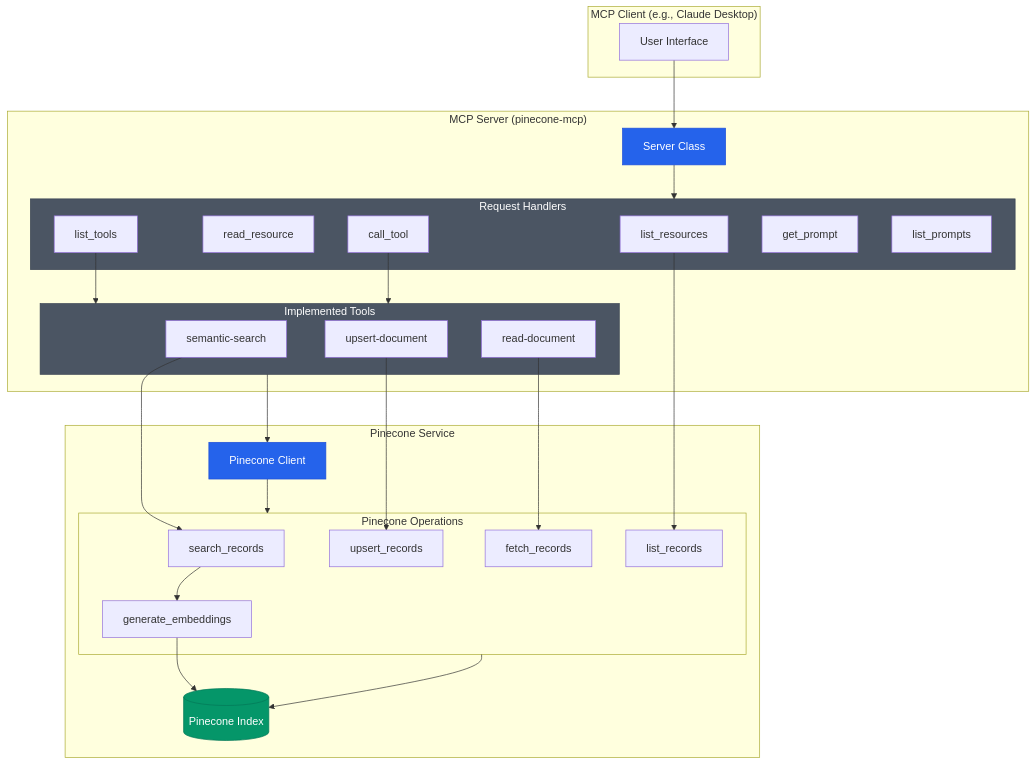
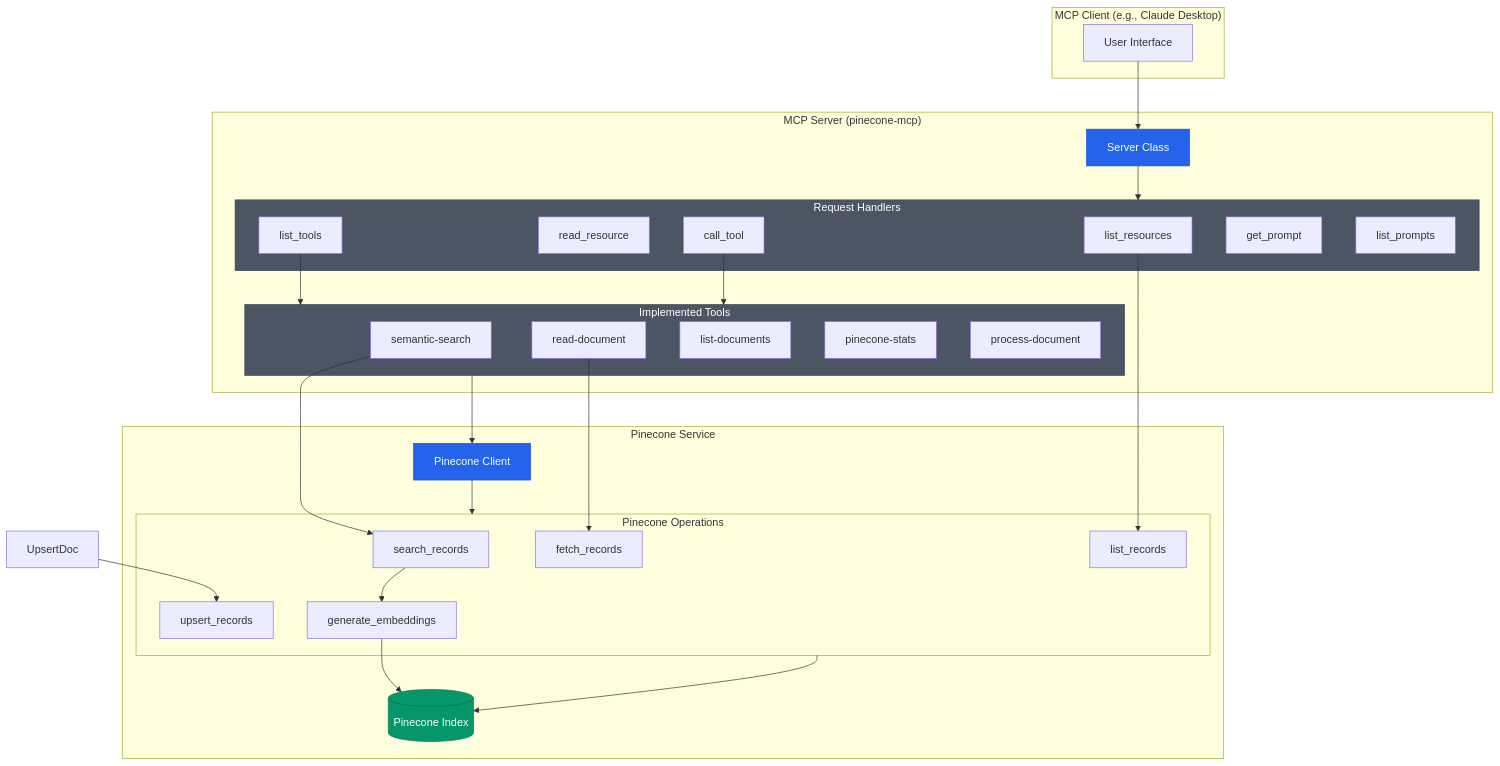
The diagram in README.md (whoyao/mcp-pinecone), drawn with Mermaid before and after one commit. The commit also changed other lines of this file, not shown here.

First line of the commit message:
Update README to reflect new Pinecone tools and enhance documentation

````diff
--- a/README.md
+++ b/README.md
@@ -10,66 +10,68 @@
 ```mermaid
 flowchart TB
     subgraph Client["MCP Client (e.g., Claude Desktop)"]
         UI[User Interface]
     end
 
     subgraph MCPServer["MCP Server (pinecone-mcp)"]
         Server[Server Class]
         
         subgraph Handlers["Request Handlers"]
             ListRes[list_resources]
             ReadRes[read_resource]
             ListTools[list_tools]
             CallTool[call_tool]
             GetPrompt[get_prompt]
             ListPrompts[list_prompts]
         end
         
         subgraph Tools["Implemented Tools"]
             SemSearch[semantic-search]
             ReadDoc[read-document]
-            UpsertDoc[upsert-document]
+            ListDocs[list-documents]
+            PineconeStats[pinecone-stats]
+            ProcessDoc[process-document]
         end
     end
 
     subgraph PineconeService["Pinecone Service"]
         PC[Pinecone Client]
         subgraph PineconeFunctions["Pinecone Operations"]
             Search[search_records]
             Upsert[upsert_records]
             Fetch[fetch_records]
             List[list_records]
             Embed[generate_embeddings]
         end
         Index[(Pinecone Index)]
     end
 
     %% Connections
     UI --> Server
     Server --> Handlers
     
     ListTools --> Tools
     CallTool --> Tools
     
     Tools --> PC
     PC --> PineconeFunctions
     PineconeFunctions --> Index
     
     %% Data flow for semantic search
     SemSearch --> Search
     Search --> Embed
     Embed --> Index
     
     %% Data flow for document operations
     UpsertDoc --> Upsert
     ReadDoc --> Fetch
     ListRes --> List
 
     classDef primary fill:#2563eb,stroke:#1d4ed8,color:white
     classDef secondary fill:#4b5563,stroke:#374151,color:white
     classDef storage fill:#059669,stroke:#047857,color:white
     
     class Server,PC primary
     class Tools,Handlers secondary
     class Index storage
 ```
````
